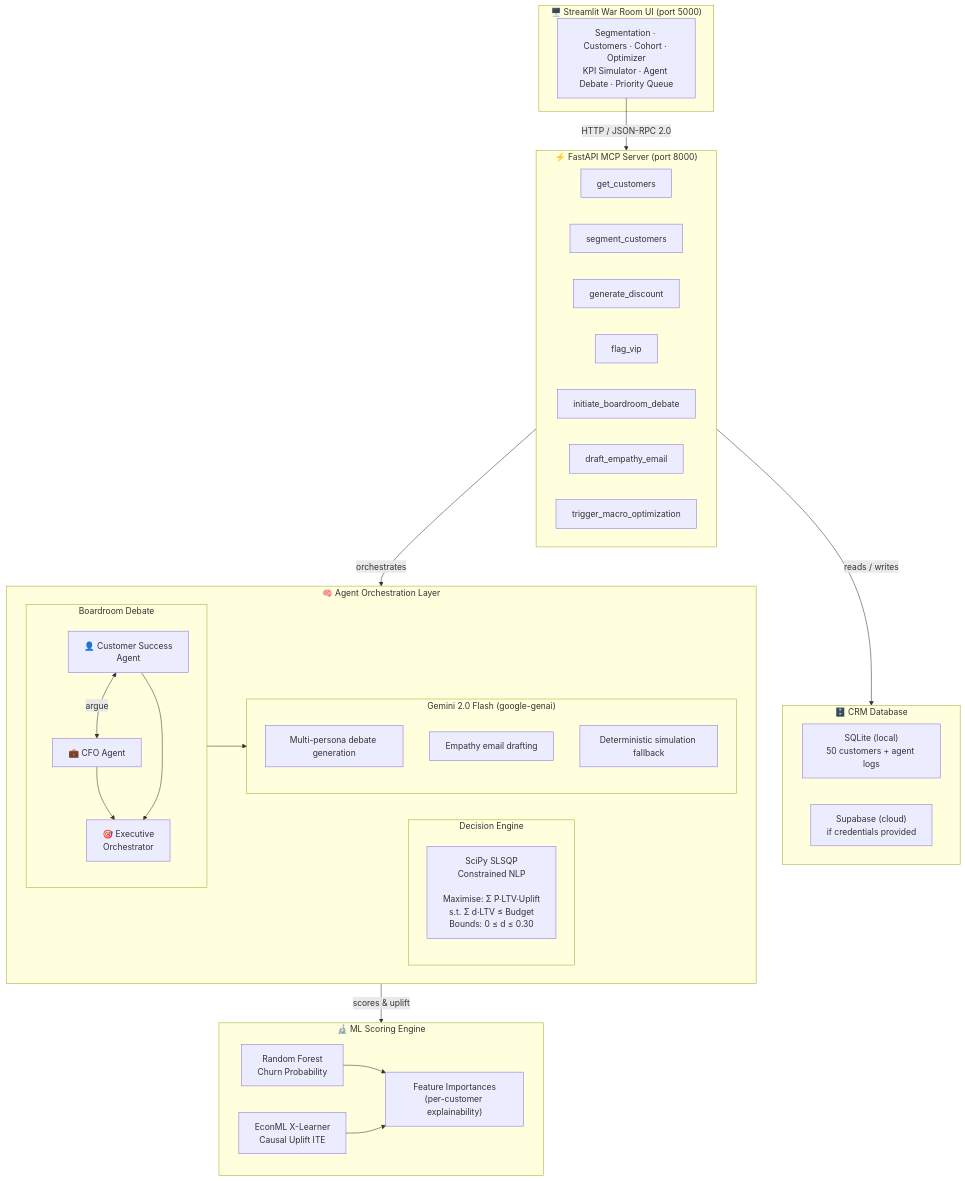
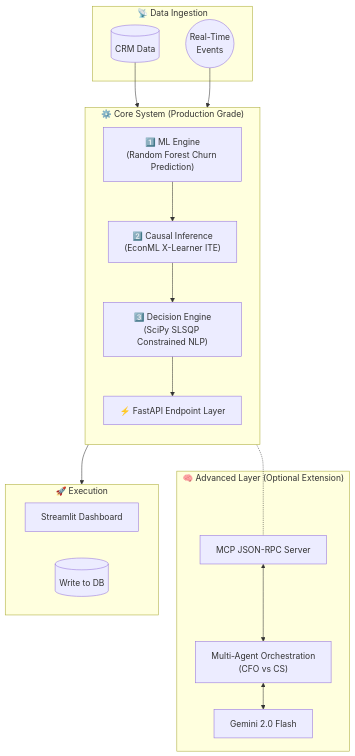
One commit to Ibrahimboutal/TheCustomerRetentionAgent changed the diagram in README.md. Above: the diagram before and after it, drawn with Mermaid. The commit also changed other lines of this file and 3 other files, not shown here.

Commit message:
feat: implement customer retention API with real-time scoring, database support, and evaluation utilities.

````diff
--- a/README.md
+++ b/README.md
@@ -36,58 +18,38 @@
 ```mermaid
 flowchart TD
-    subgraph UI["🖥️ Streamlit War Room UI (port 5000)"]
-        UI_tabs["Segmentation · Customers · Cohort · Optimizer\nKPI Simulator · Agent Debate · Priority Queue"]
+    subgraph DataStream ["📡 Data Ingestion"]
+        DB[(CRM Data)]
+        EventStream((Real-Time\nEvents))
     end
 
-    subgraph MCP["⚡ FastAPI MCP Server (port 8000)"]
-        direction LR
-        T1["get_customers"]
-        T2["segment_customers"]
-        T3["generate_discount"]
-        T4["flag_vip"]
-        T5["initiate_boardroom_debate"]
-        T6["draft_empathy_email"]
-        T7["trigger_macro_optimization"]
+    subgraph CoreSystem ["⚙️ Core System (Production Grade)"]
+        direction TB
+        ML["1️⃣ ML Engine\n(Random Forest Churn Prediction)"]
+        Uplift["2️⃣ Causal Inference\n(EconML X-Learner ITE)"]
+        Optimizer["3️⃣ Decision Engine\n(SciPy SLSQP Constrained NLP)"]
+        API["⚡ FastAPI Endpoint Layer"]
+        
+        ML --> Uplift
+        Uplift --> Optimizer
+        Optimizer --> API
     end
 
-    subgraph DB["🗄️ CRM Database"]
-        SQLite["SQLite (local)\n50 customers + agent logs"]
-        Supabase["Supabase (cloud)\nif credentials provided"]
+    subgraph AdvancedLayer ["🧠 Advanced Layer (Optional Extension)"]
+        MCP["MCP JSON-RPC Server"]
+        Debate["Multi-Agent Orchestration\n(CFO vs CS)"]
+        LLM["Gemini 2.0 Flash"]
+        
+        MCP <--> Debate
+        Debate <--> LLM
     end
 
-    subgraph ORCH["🧠 Agent Orchestration Layer"]
-        subgraph DEBATE["Boardroom Debate"]
-            CS["👤 Customer Success\nAgent"]
-            CFO["💼 CFO Agent"]
-            EXEC["🎯 Executive\nOrchestrator"]
-            CS <-->|argue| CFO
-            CFO --> EXEC
-            CS --> EXEC
-        end
-
-        subgraph OPTIMIZER["Decision Engine"]
-            SLSQP["SciPy SLSQP\nConstrained NLP\n\nMaximise: Σ P·LTV·Uplift\ns.t. Σ d·LTV ≤ Budget\nBounds: 0 ≤ d ≤ 0.30"]
-        end
-
-        subgraph GEMINI["Gemini 2.0 Flash (google-genai)"]
-            G1["Multi-persona debate generation"]
-            G2["Empathy email drafting"]
-            G3["Deterministic simulation fallback"]
-        end
-
-        DEBATE --> GEMINI
+    subgraph Action ["🚀 Execution"]
+        UI["Streamlit Dashboard"]
+        DBUpdate[(Write to DB)]
     end
 
-    subgraph ML["🔬 ML Scoring Engine"]
-        RF["Random Forest\nChurn Probability"]
-        XL["EconML X-Learner\nCausal Uplift ITE"]
-        FI["Feature Importances\n(per-customer explainability)"]
-        RF --> FI
-        XL --> FI
-    end
-
-    UI_tabs -->|"HTTP / JSON-RPC 2.0"| MCP
-    MCP -->|reads / writes| DB
-    MCP -->|orchestrates| ORCH
-    ORCH -->|scores & uplift| ML
+    DB --> ML
+    EventStream --> API
+    API --> Action
+    API -.- MCP
 ```
````
